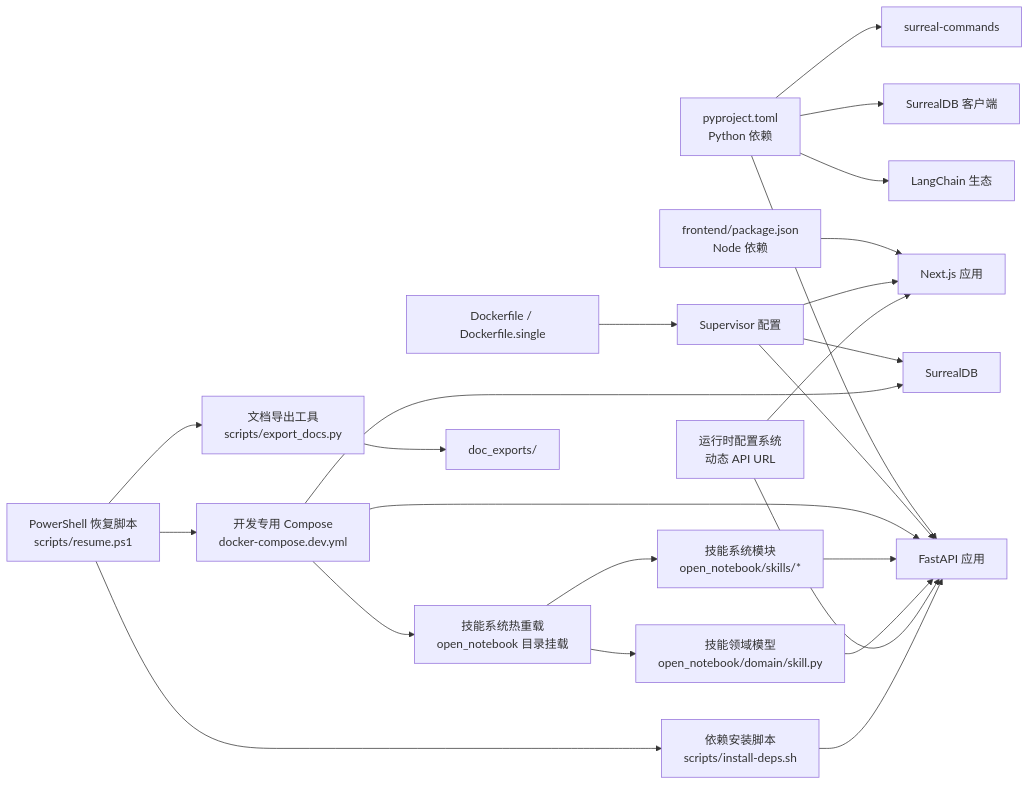
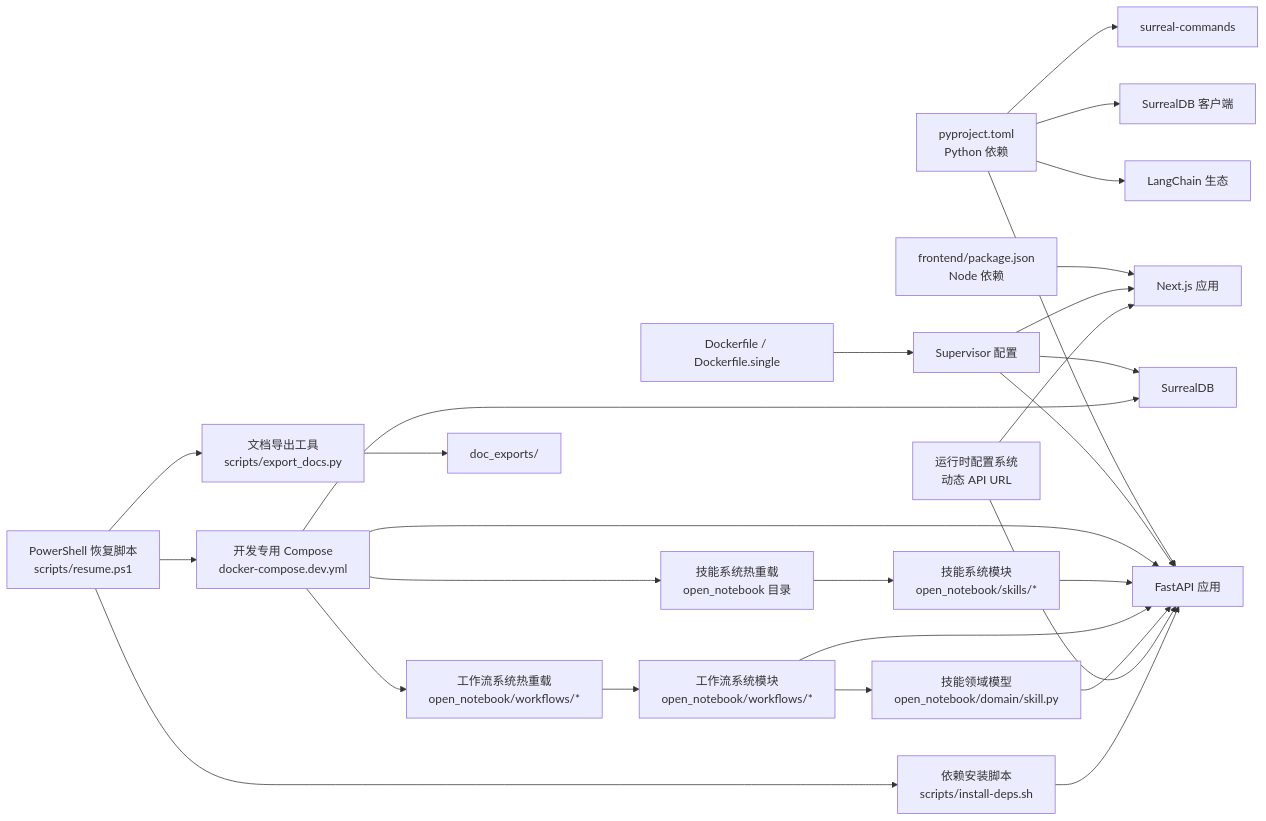
Before and after one commit to jackeyunjie/open-notebook: the third of 3 diagrams in .qoder/repowiki/zh/content/开发者指南/开发环境搭建.md, drawn with Mermaid. The commit also changed other lines of this file and 89 other files, not shown here.

````diff
--- a/.qoder/repowiki/zh/content/开发者指南/开发环境搭建.md
+++ b/.qoder/repowiki/zh/content/开发者指南/开发环境搭建.md
@@ -563,26 +653,29 @@
 ```mermaid
 graph LR
 A["pyproject.toml<br/>Python 依赖"] --> B["FastAPI 应用"]
 A --> C["LangChain 生态"]
 A --> D["SurrealDB 客户端"]
 A --> E["surreal-commands"]
 F["frontend/package.json<br/>Node 依赖"] --> G["Next.js 应用"]
 H["Dockerfile / Dockerfile.single"] --> I["Supervisor 配置"]
 I --> B
 I --> G
 I --> J["SurrealDB"]
 K["开发专用 Compose<br/>docker-compose.dev.yml"] --> B
 K --> J
-K --> L["技能系统热重载<br/>open_notebook 目录挂载"]
-M["技能系统模块<br/>open_notebook/skills/*"] --> B
-N["技能领域模型<br/>open_notebook/domain/skill.py"] --> B
-L --> M
+K --> L["技能系统热重载<br/>open_notebook 目录"]
+K --> M["工作流系统热重载<br/>open_notebook/workflows/*"]
+N["技能系统模块<br/>open_notebook/skills/*"] --> B
+O["工作流系统模块<br/>open_notebook/workflows/*"] --> B
+P["技能领域模型<br/>open_notebook/domain/skill.py"] --> B
 L --> N
-O["运行时配置系统<br/>动态 API URL"] --> B
-O --> G
-P["PowerShell 恢复脚本<br/>scripts/resume.ps1"] --> K
-Q["依赖安装脚本<br/>scripts/install-deps.sh"] --> B
-R["文档导出工具<br/>scripts/export_docs.py"] --> S["doc_exports/"]
-P --> Q
-P --> R
+M --> O
+O --> P
+Q["运行时配置系统<br/>动态 API URL"] --> B
+Q --> G
+R["PowerShell 恢复脚本<br/>scripts/resume.ps1"] --> K
+S["依赖安装脚本<br/>scripts/install-deps.sh"] --> B
+T["文档导出工具<br/>scripts/export_docs.py"] --> U["doc_exports/"]
+R --> S
+R --> T
 ```
````
